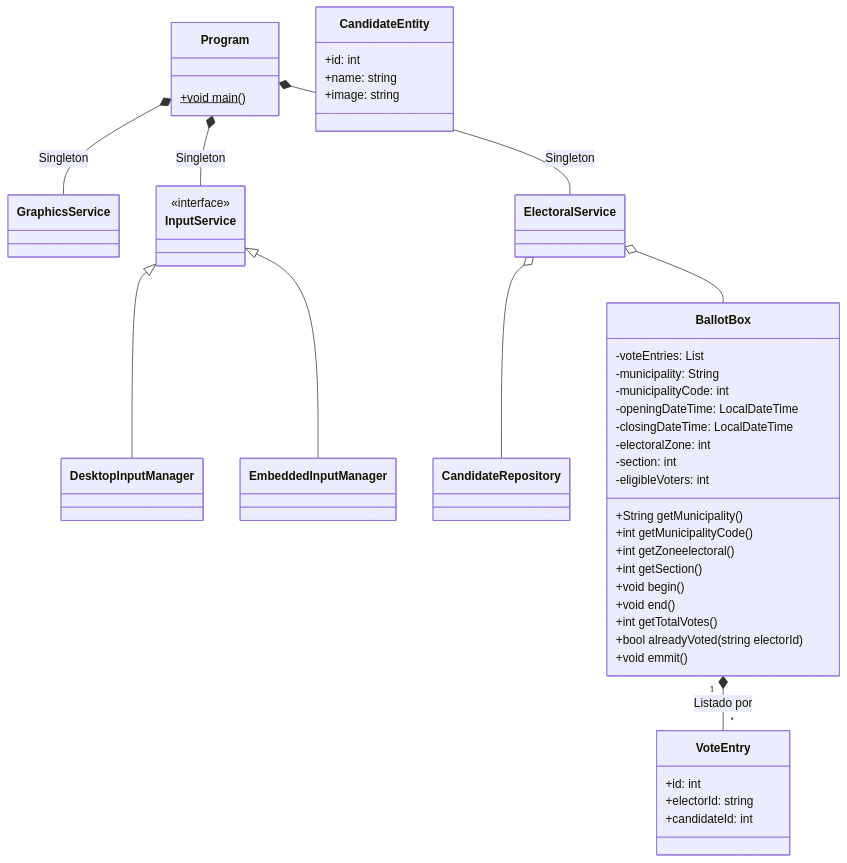
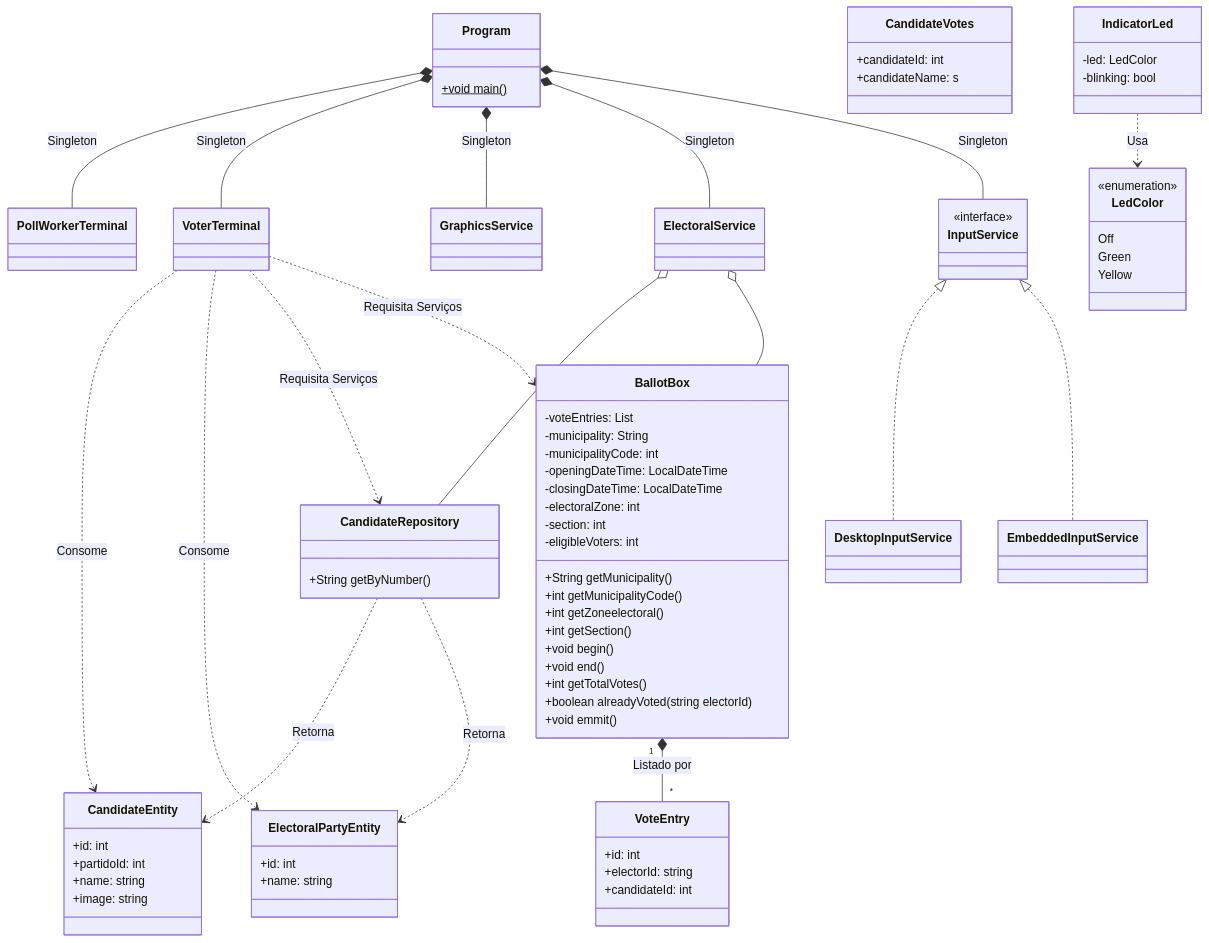
Before and after one commit to Augusto-Caique/urna-eletronica: the diagram in class-diagram.mermaid, drawn with Mermaid.

Commit message:
Implementar classes adicionais

```diff
--- a/class-diagram.mermaid
+++ b/class-diagram.mermaid
@@ -1,83 +1,127 @@
 classDiagram
 
 class Program {
     +void main()$
 }
 
 class GraphicsService {
     
 }
 
 class ElectoralService {
 
 }
 
 class InputService <<interface>> {
 
 }
 
-class DesktopInputManager {
+class DesktopInputService {
+    %%Raspberry Pi
+}
+
+class EmbeddedInputService {
 
 }
 
-class EmbeddedInputManager {
+class CandidateRepository {
     
-}
-
-class CandidateRepository {
-
+    +String getByNumber ()
 }
 
 class CandidateEntity {
     %% TODO ver com nirton o encapsulamento das
     %% entidades do DB no java
     +id: int
+    +partidoId: int
     +name: string
     +image: string
 }
 
+class ElectoralPartyEntity {
+    %% TODO ver com nirton o encapsulamento das
+    %% entidades do DB no java
+    +id: int
+    +name: string
+}
+
 class VoteEntry {
+    %% TODO ver com nirton o encapsulamento das
+    %% entidades do DB no java
     +id: int
     +electorId: string
     +candidateId: int
 }
 
+class CandidateVotes {
+    +candidateId: int
+    +candidateName: s
+}
+
 class BallotBox {
     %% municipality -> 5 digits
     %% UE -> 8 digits
-    %% 
 
     -voteEntries: List<VoteEntry>
     -municipality: String
     -municipalityCode: int 
     -openingDateTime: LocalDateTime
     -closingDateTime: LocalDateTime
     -electoralZone: int
     -section: int
     -eligibleVoters: int
     
     +String getMunicipality()
     +int getMunicipalityCode()
     +int getZoneelectoral()
     +int getSection()
 
     +void begin()
     +void end()
 
     +int getTotalVotes()
-    +bool alreadyVoted(string electorId)
+    +boolean alreadyVoted(string electorId)
 
     +void emmit()
 }
 
+class PollWorkerTerminal {
+    
+}
+
+class VoterTerminal {
+    
+}
+
+class IndicatorLed {
+    -led: LedColor
+    -blinking: bool
+}
+
+class LedColor <<enumeration>> {
+    Off
+    Green
+    Yellow
+}
+
+Program *-- PollWorkerTerminal : Singleton
+Program *-- VoterTerminal : Singleton
 Program *-- GraphicsService : Singleton
 Program *-- ElectoralService : Singleton
 Program *-- InputService : Singleton
 
 ElectoralService o-- CandidateRepository
 ElectoralService o-- BallotBox
 
-InputService <|-- DesktopInputManager
-InputService <|-- EmbeddedInputManager
+InputService <|.. DesktopInputService
+InputService <|.. EmbeddedInputService
 
 BallotBox "1" *-- "*" VoteEntry : Listado por
+CandidateRepository ..> CandidateEntity : Retorna
+CandidateRepository ..> ElectoralPartyEntity : Retorna
+VoterTerminal ..> CandidateEntity : Consome
+VoterTerminal ..> ElectoralPartyEntity : Consome
+VoterTerminal ..> CandidateRepository : Requisita Serviços
+VoterTerminal ..> BallotBox : Requisita Serviços
+
+IndicatorLed ..> LedColor : Usa
```
